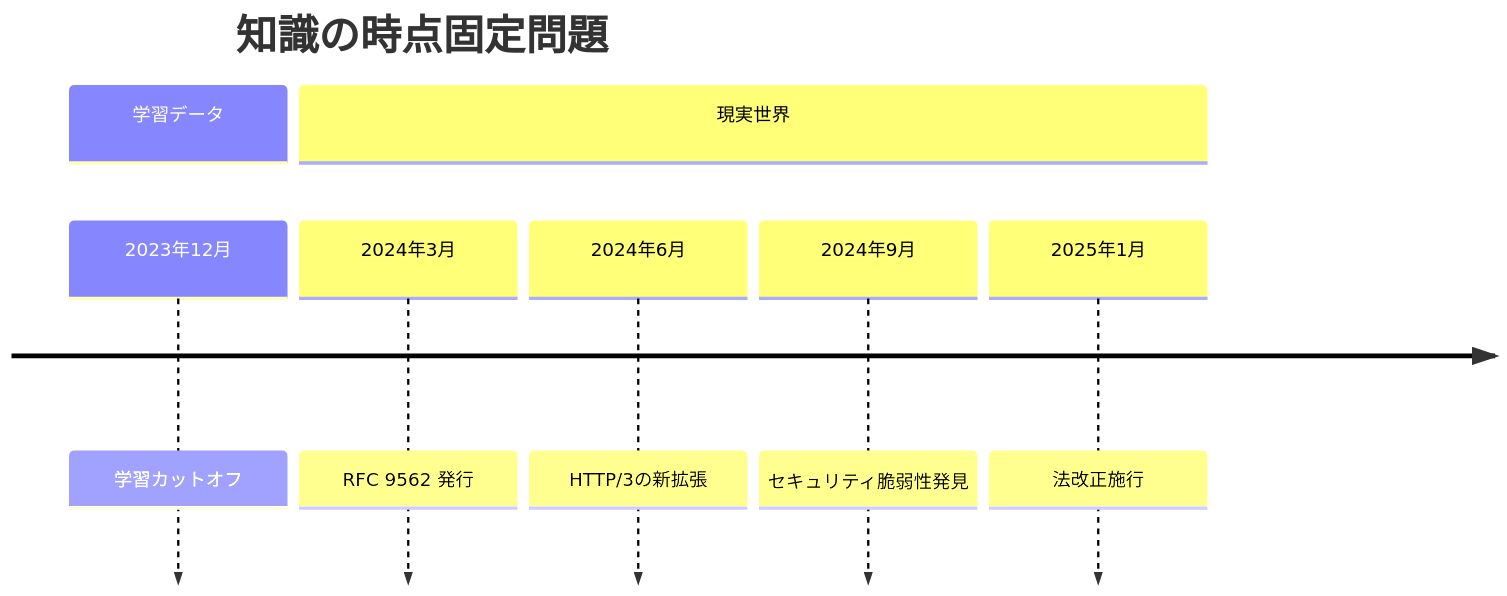
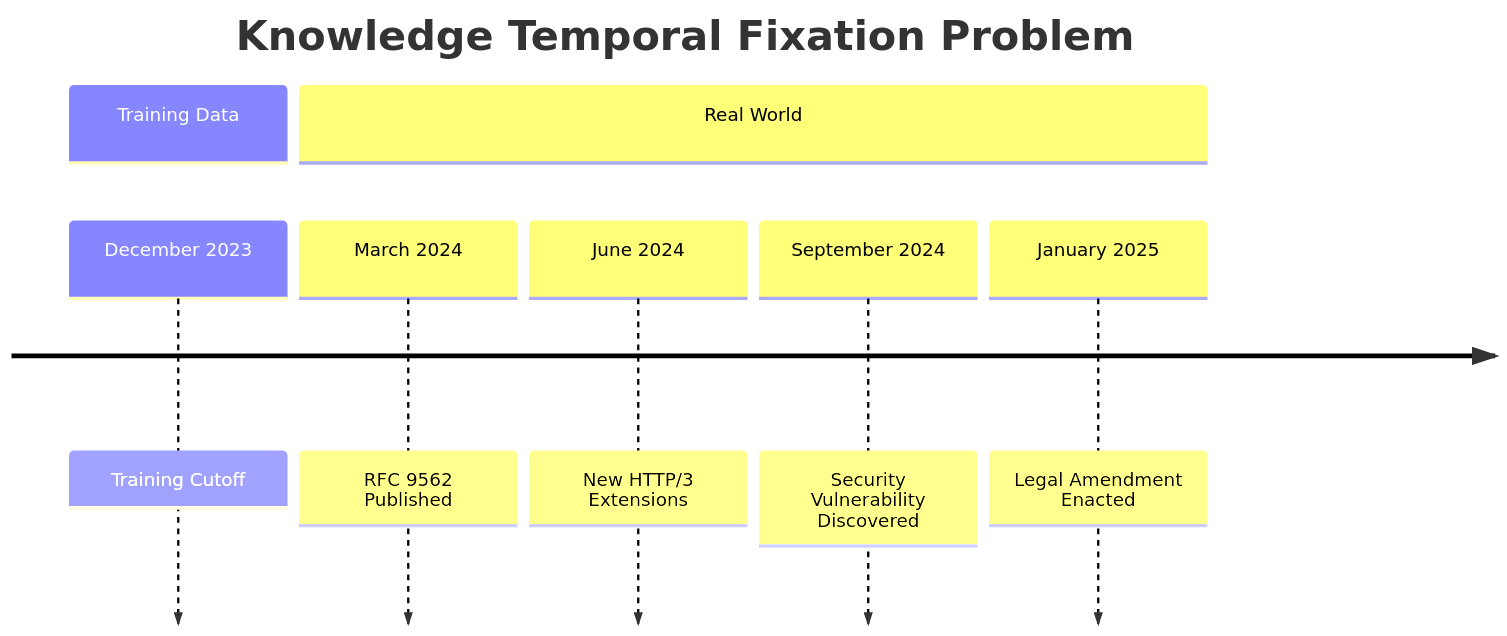
The third of 15 diagrams in docs/concepts/02-reference-sources.md (shuji-bonji/ai-agent-architecture), drawn with Mermaid before and after one commit. The commit also changed other lines of this file and 42 other files, not shown here.

````diff
--- a/docs/concepts/02-reference-sources.md
+++ b/docs/concepts/02-reference-sources.md
@@ -82,13 +84,13 @@
 ```mermaid
 timeline
-    title 知識の時点固定問題
+    title Knowledge Temporal Fixation Problem
 
-    section 学習データ
-      2023年12月 : 学習カットオフ
+    section Training Data
+      December 2023 : Training Cutoff
 
-    section 現実世界
-      2024年3月 : RFC 9562 発行
-      2024年6月 : HTTP/3の新拡張
-      2024年9月 : セキュリティ脆弱性発見
-      2025年1月 : 法改正施行
+    section Real World
+      March 2024 : RFC 9562 Published
+      June 2024 : New HTTP/3 Extensions
+      September 2024 : Security Vulnerability Discovered
+      January 2025 : Legal Amendment Enacted
 ```
````
